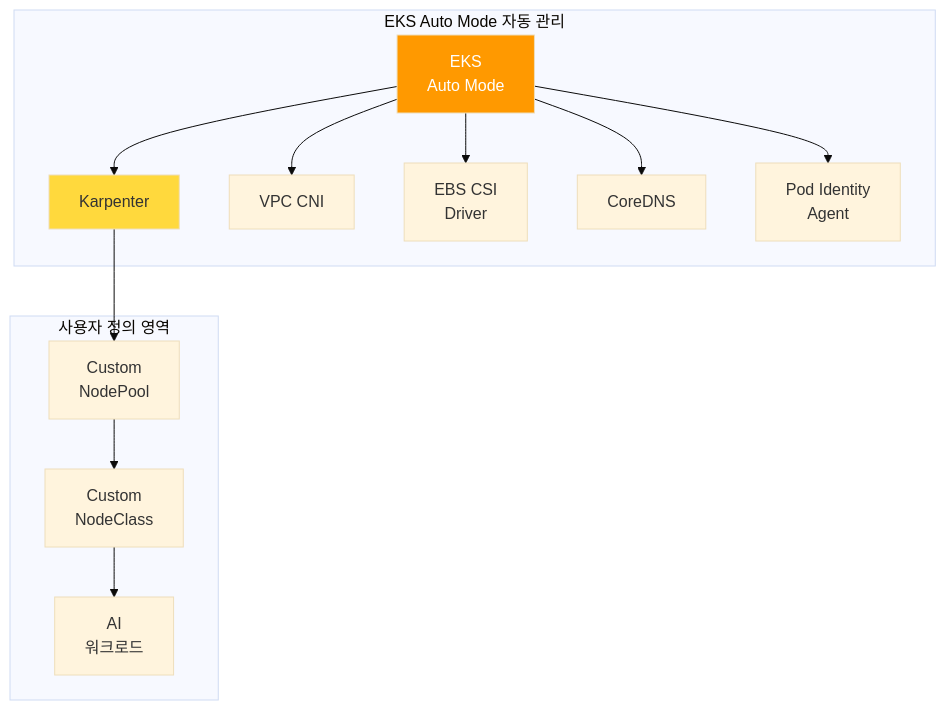
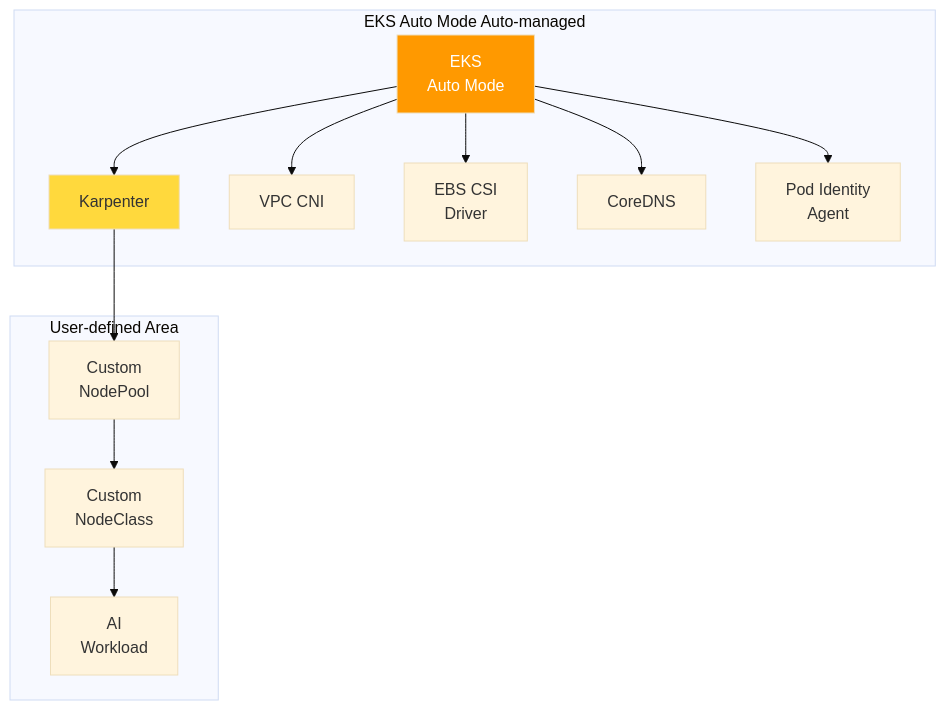
Before and after one commit to devfloor9/engineering-playbook: the second of 9 diagrams in i18n/en/docusaurus-plugin-content-docs/current/agentic-ai-platform/design-architecture/agentic-ai-solutions-eks.md, drawn with Mermaid (base theme). The commit also changed other lines of this file and 105 other files, not shown here.

````diff
--- a/i18n/en/docusaurus-plugin-content-docs/current/agentic-ai-platform/design-architecture/agentic-ai-solutions-eks.md
+++ b/i18n/en/docusaurus-plugin-content-docs/current/agentic-ai-platform/design-architecture/agentic-ai-solutions-eks.md
@@ -220,23 +153,23 @@
 ```mermaid
 flowchart TD
-    subgraph AutoManaged["EKS Auto Mode 자동 관리"]
+    subgraph AutoManaged["EKS Auto Mode Auto-managed"]
         AUTO["EKS<br/>Auto Mode"]
         KARP["Karpenter"]
         VPC_CNI["VPC CNI"]
         CSI["EBS CSI<br/>Driver"]
         COREDNS["CoreDNS"]
         POD_ID["Pod Identity<br/>Agent"]
     end
 
-    subgraph UserDefined["사용자 정의 영역"]
+    subgraph UserDefined["User-defined Area"]
         NP["Custom<br/>NodePool"]
         NC["Custom<br/>NodeClass"]
-        WL["AI<br/>워크로드"]
+        WL["AI<br/>Workload"]
     end
 
     AUTO --> KARP & VPC_CNI & CSI & COREDNS & POD_ID
     KARP --> NP --> NC --> WL
 
     style AUTO fill:#ff9900,color:#fff
     style KARP fill:#ffd93d
 ```
````
